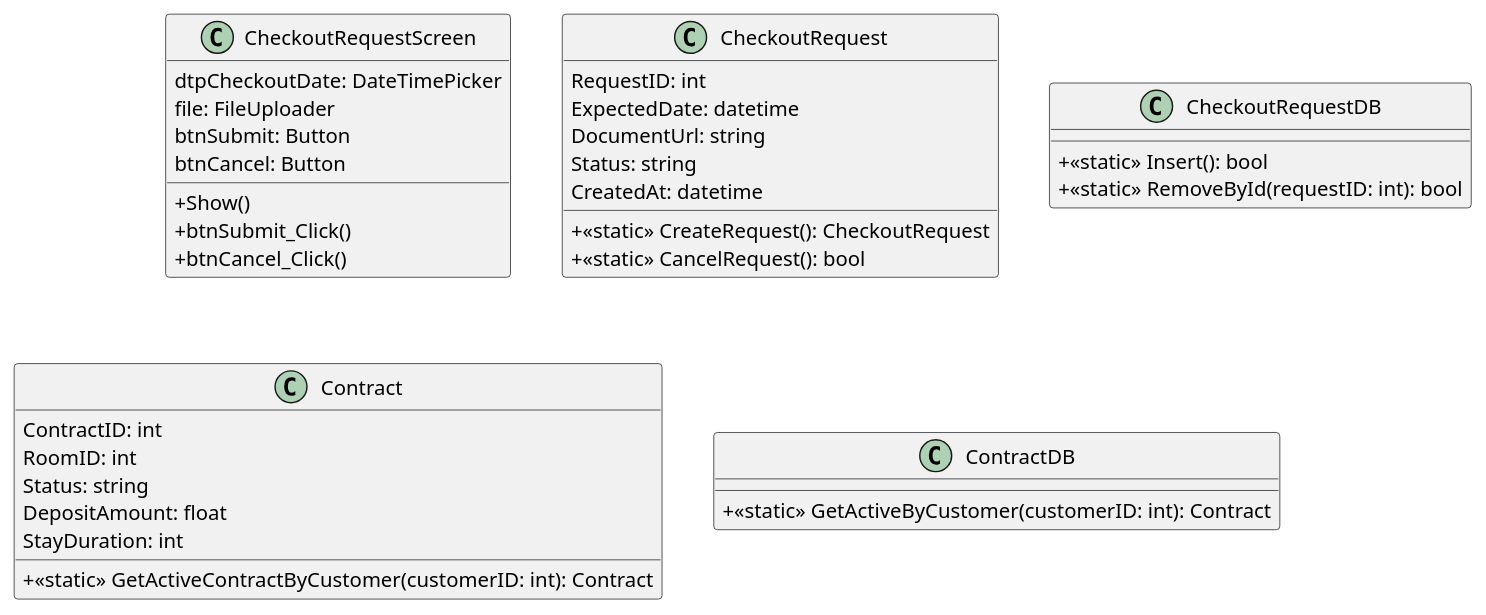
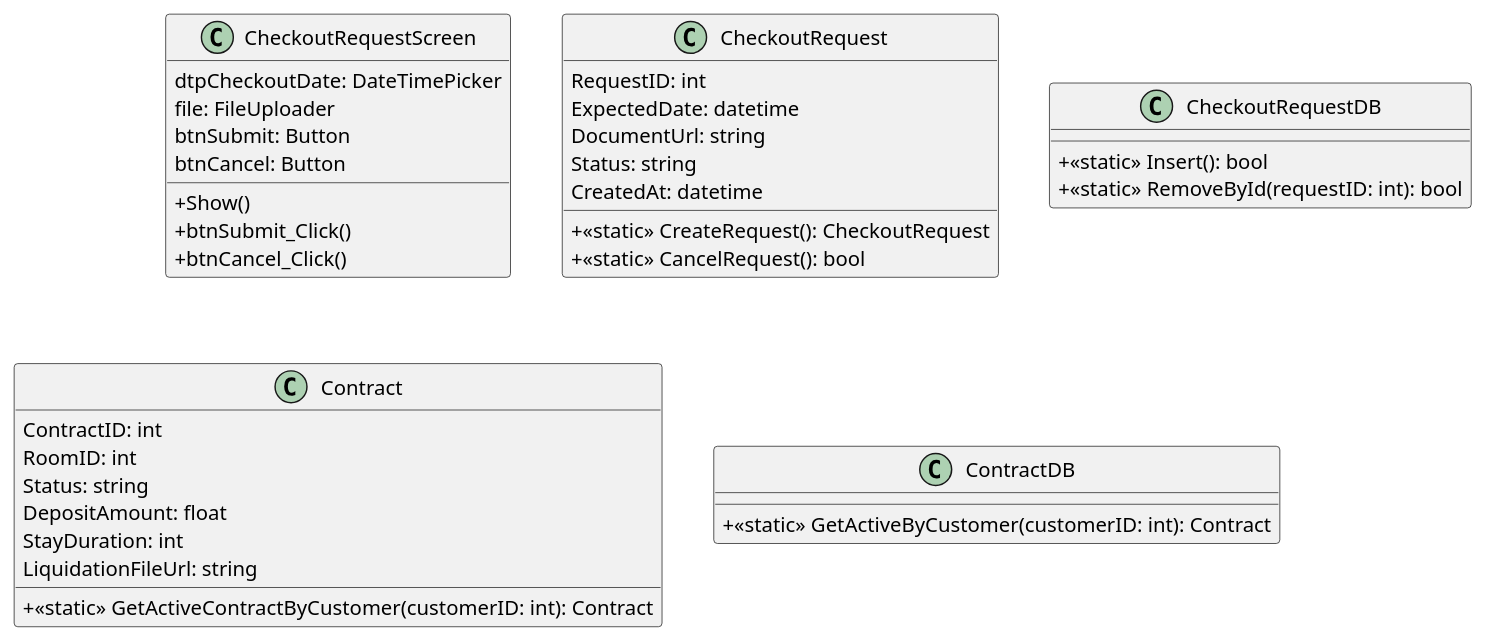
The diagram in tra_phong/class/yeu_cau_tra_phong_class.wsd (Gnourt812005/HCMUS-Analyze-and-desgin-IS), drawn with PlantUML before and after one commit. The commit also changed 7 other files, not shown here.

Commit message:
quangdo/tra_phong: added class and sequence diagram for thanh_ly_hop_dong

```diff
--- a/tra_phong/class/yeu_cau_tra_phong_class.wsd
+++ b/tra_phong/class/yeu_cau_tra_phong_class.wsd
@@ -1,42 +1,43 @@
 @startuml
 skinparam classAttributeIconSize 0
 
 class CheckoutRequestScreen {
   dtpCheckoutDate: DateTimePicker
   file: FileUploader
   btnSubmit: Button
   btnCancel: Button
   + Show()
   + btnSubmit_Click()
   + btnCancel_Click()
 }
 
 class CheckoutRequest {
   RequestID: int
   ExpectedDate: datetime
   DocumentUrl: string
   Status: string
   CreatedAt: datetime
   + <<static>> CreateRequest(): CheckoutRequest
   + <<static>> CancelRequest(): bool
 }
 
 class CheckoutRequestDB {
   + <<static>> Insert(): bool
   + <<static>> RemoveById(requestID: int): bool
 }
 
 class Contract {
   ContractID: int
   RoomID: int
   Status: string
   DepositAmount: float
   StayDuration: int
+  LiquidationFileUrl: string
   + <<static>> GetActiveContractByCustomer(customerID: int): Contract
 }
 
 class ContractDB {
   + <<static>> GetActiveByCustomer(customerID: int): Contract
 }
 
 @enduml
```
